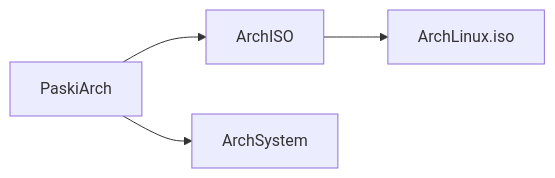
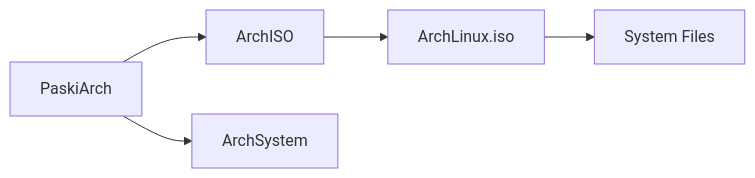
The diagram in README.md (PaskiDev/dotfiles), drawn with Mermaid before and after one commit.

````diff
--- a/README.md
+++ b/README.md
@@ -69,6 +69,7 @@
 ```mermaid
 flowchart LR;
   A[PaskiArch]-->B[ArchISO];
   A-->C[ArchSystem];
   B-->D[ArchLinux.iso];
+  D-->E[System Files];
 ```
````
